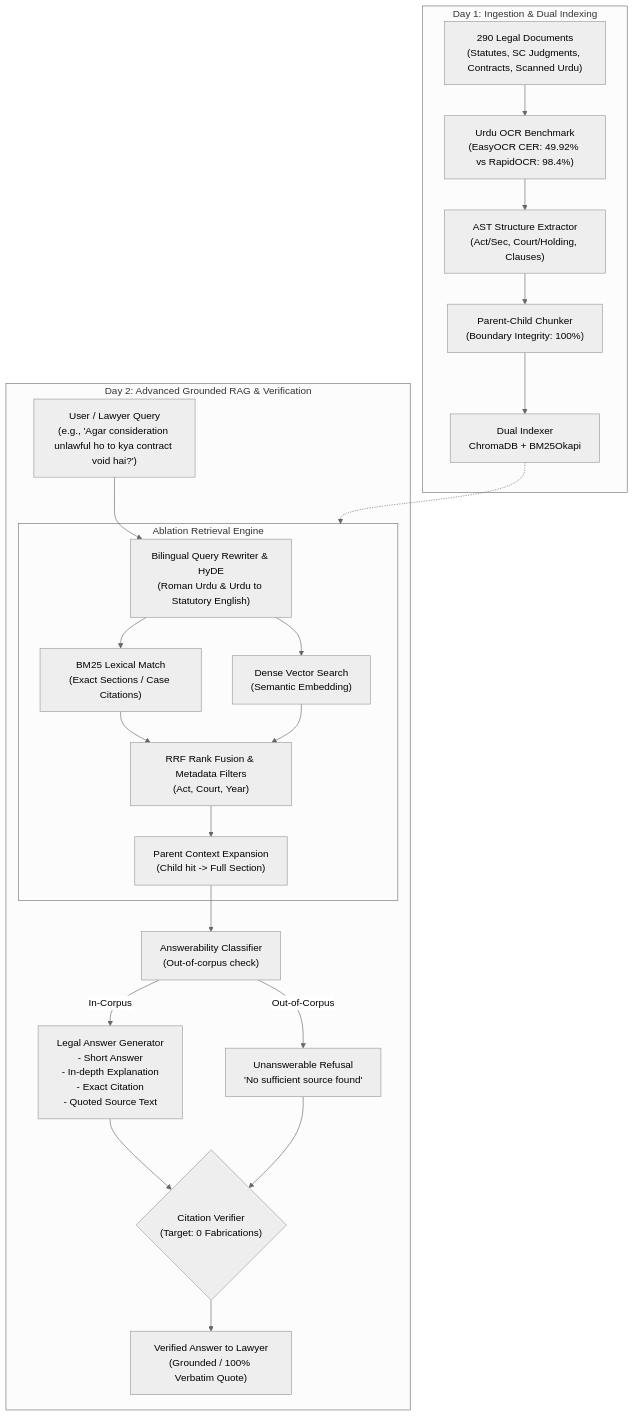
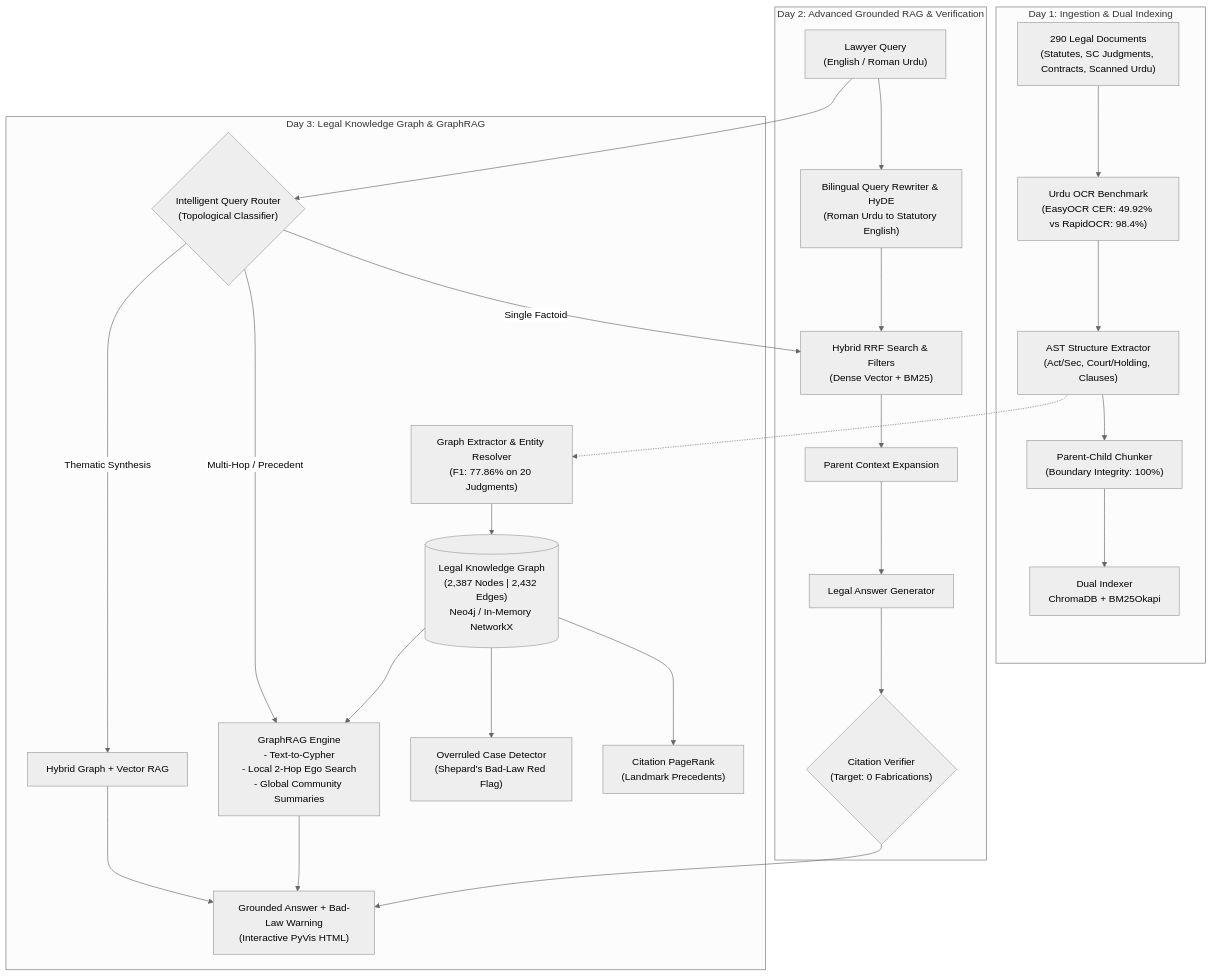
Before and after one commit to UmerSahi/ai-legal-assistant-pakistan: the first of 2 diagrams in README.md, drawn with Mermaid (neutral theme). The commit also changed other lines of this file and 18 other files, not shown here.

Commit message:
feat(day3): implement legal knowledge graph, Neo4j & Cypher engine, citation PageRank, overruled case detection, GraphRAG, multi-hop benchmark, and query router

````diff
--- a/README.md
+++ b/README.md
@@ -23,43 +25,45 @@
 ```mermaid
 flowchart TD
     subgraph Day1["Day 1: Ingestion & Dual Indexing"]
         CORPUS["290 Legal Documents<br/>(Statutes, SC Judgments, Contracts, Scanned Urdu)"]
         OCR["Urdu OCR Benchmark<br/>(EasyOCR CER: 49.92% vs RapidOCR: 98.4%)"]
         STRUCT["AST Structure Extractor<br/>(Act/Sec, Court/Holding, Clauses)"]
         CHUNK["Parent-Child Chunker<br/>(Boundary Integrity: 100%)"]
         IDX["Dual Indexer<br/>ChromaDB + BM25Okapi"]
         CORPUS --> OCR --> STRUCT --> CHUNK --> IDX
     end
 
     subgraph Day2["Day 2: Advanced Grounded RAG & Verification"]
-        USER_Q["User / Lawyer Query<br/>(e.g., 'Agar consideration unlawful ho to kya contract void hai?')"]
-        REWRITE["Bilingual Query Rewriter & HyDE<br/>(Roman Urdu & Urdu to Statutory English)"]
-        USER_Q --> REWRITE
+        USER_Q["Lawyer Query<br/>(English / Roman Urdu)"]
+        REWRITE["Bilingual Query Rewriter & HyDE<br/>(Roman Urdu to Statutory English)"]
+        RRF_FUSE["Hybrid RRF Search & Filters<br/>(Dense Vector + BM25)"]
+        PC_EXP["Parent Context Expansion"]
+        USER_Q --> REWRITE --> RRF_FUSE --> PC_EXP
+        PC_EXP --> GEN["Legal Answer Generator"]
+        GEN --> VERIF{"Citation Verifier<br/>(Target: 0 Fabrications)"}
+    end
 
-        subgraph Search["Ablation Retrieval Engine"]
-            BM25_S["BM25 Lexical Match<br/>(Exact Sections / Case Citations)"]
-            DENSE_S["Dense Vector Search<br/>(Semantic Embedding)"]
-            RRF_FUSE["RRF Rank Fusion & Metadata Filters<br/>(Act, Court, Year)"]
-            PC_EXP["Parent Context Expansion<br/>(Child hit -> Full Section)"]
-            REWRITE --> BM25_S & DENSE_S
-            BM25_S & DENSE_S --> RRF_FUSE --> PC_EXP
-        end
+    subgraph Day3["Day 3: Legal Knowledge Graph & GraphRAG"]
+        EXT_G["Graph Extractor & Entity Resolver<br/>(F1: 77.86% on 20 Judgments)"]
+        STRUCT -.-> EXT_G
+        GRAPH_DB[("Legal Knowledge Graph<br/>(2,387 Nodes | 2,432 Edges)<br/>Neo4j / In-Memory NetworkX")]
+        EXT_G --> GRAPH_DB
 
-        IDX -.-> Search
+        PAGERANK["Citation PageRank<br/>(Landmark Precedents)"]
+        OVERRULE["Overruled Case Detector<br/>(Shepard's Bad-Law Red Flag)"]
+        GRAPH_DB --> PAGERANK
+        GRAPH_DB --> OVERRULE
 
-        GATE["Answerability Classifier<br/>(Out-of-corpus check)"]
-        PC_EXP --> GATE
+        ROUTER{"Intelligent Query Router<br/>(Topological Classifier)"}
+        USER_Q --> ROUTER
 
-        GEN["Legal Answer Generator<br/>- Short Answer<br/>- In-depth Explanation<br/>- Exact Citation<br/>- Quoted Source Text"]
-        REFUSE["Unanswerable Refusal<br/>'No sufficient source found'"]
-        GATE -- "In-Corpus" --> GEN
-        GATE -- "Out-of-Corpus" --> REFUSE
+        ROUTER -- "Single Factoid" --> RRF_FUSE
+        ROUTER -- "Multi-Hop / Precedent" --> GRAG["GraphRAG Engine<br/>- Text-to-Cypher<br/>- Local 2-Hop Ego Search<br/>- Global Community Summaries"]
+        ROUTER -- "Thematic Synthesis" --> HYB_RAG["Hybrid Graph + Vector RAG"]
 
-        VERIF{"Citation Verifier<br/>(Target: 0 Fabrications)"}
-        GEN --> VERIF
-        REFUSE --> VERIF
-
-        FINAL["Verified Answer to Lawyer<br/>(Grounded / 100% Verbatim Quote)"]
-        VERIF --> FINAL
+        GRAPH_DB --> GRAG
+        GRAG --> FINAL_ANS["Grounded Answer + Bad-Law Warning<br/>(Interactive PyVis HTML)"]
+        HYB_RAG --> FINAL_ANS
+        VERIF --> FINAL_ANS
     end
 ```
````
